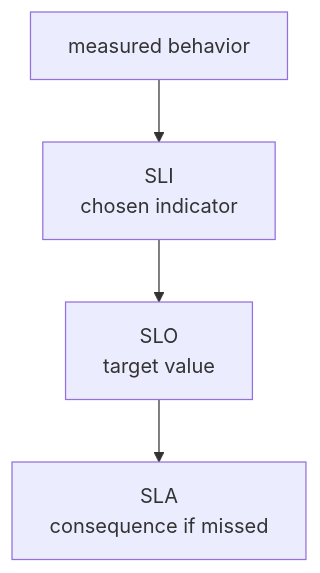
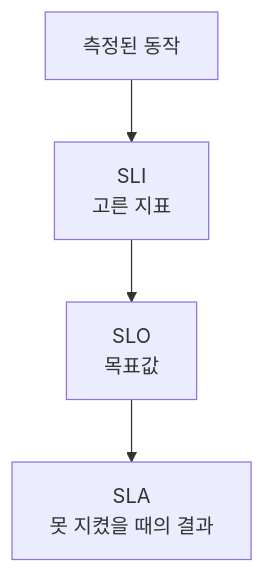
Before and after one commit to devchan64/AiBook: the second of 4 diagrams in docs/parts/part-04/chapter-06/section-03.md, drawn with Mermaid. The commit also changed other lines of this file and 72 other files, not shown here.

````diff
--- a/docs/parts/part-04/chapter-06/section-03.md
+++ b/docs/parts/part-04/chapter-06/section-03.md
@@ -129,9 +129,9 @@
 ```mermaid
 flowchart TB
-  A["measured behavior"]
-  B["SLI<br/>chosen indicator"]
-  C["SLO<br/>target value"]
-  D["SLA<br/>consequence if missed"]
+  A["측정된 동작"]
+  B["SLI<br/>고른 지표"]
+  C["SLO<br/>목표값"]
+  D["SLA<br/>못 지켰을 때의 결과"]
 
   A --> B --> C --> D
 ```
````
